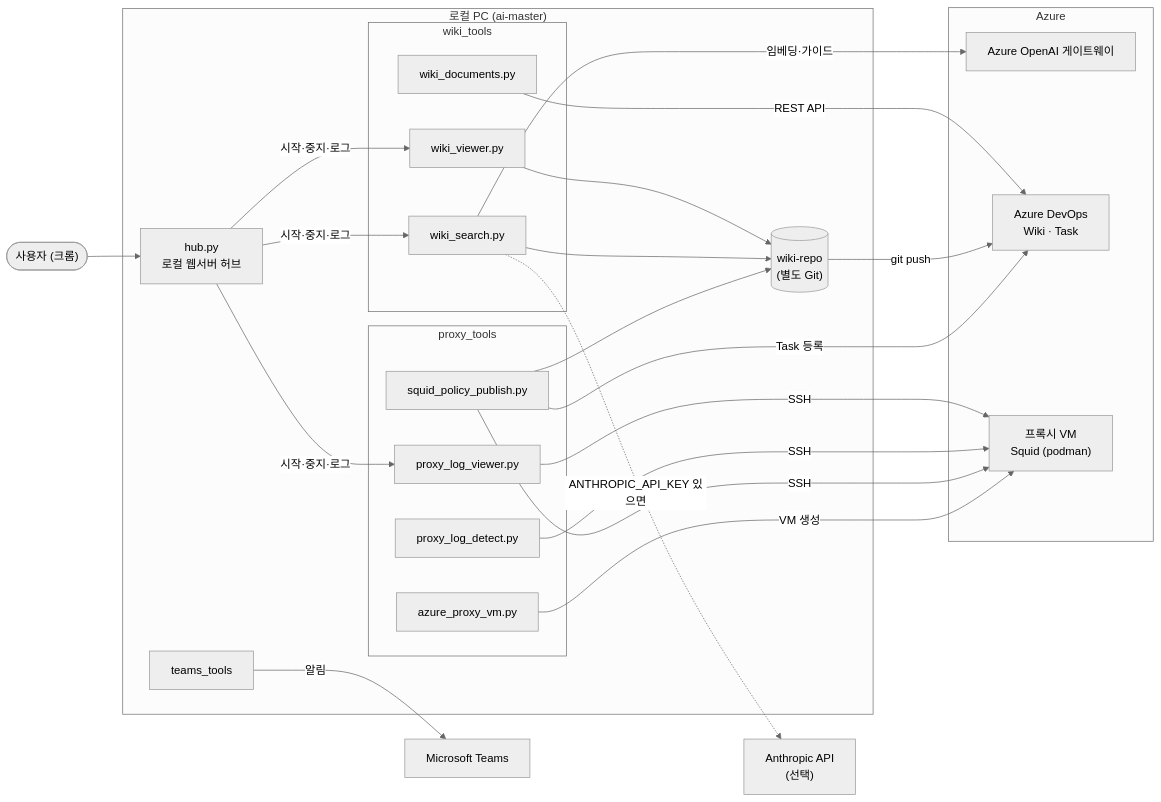
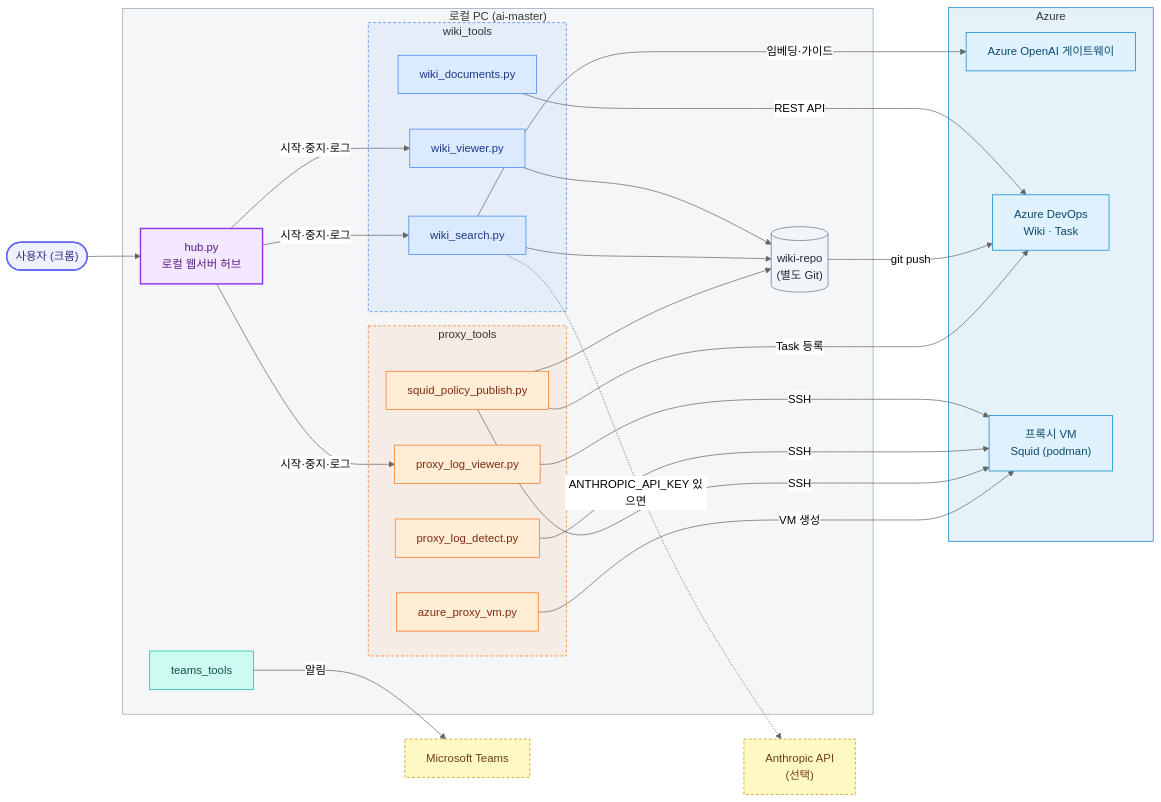
One commit to pcmola/ai-master changed the first of 6 diagrams in README.md. Above: the diagram before and after it, drawn with Mermaid (neutral theme). The commit also changed other lines of this file, not shown here.

````diff
--- a/README.md
+++ b/README.md
@@ -19,42 +19,63 @@
 ```mermaid
 flowchart LR
     user(["사용자 (크롬)"])
 
     subgraph local["로컬 PC (ai-master)"]
         hub["hub.py<br/>로컬 웹서버 허브"]
         subgraph wiki_tools
             viewer["wiki_viewer.py"]
             search["wiki_search.py"]
             docs["wiki_documents.py"]
         end
         subgraph proxy_tools
             logviewer["proxy_log_viewer.py"]
             detect["proxy_log_detect.py"]
             publish["squid_policy_publish.py"]
             vmtool["azure_proxy_vm.py"]
         end
         teams["teams_tools"]
         repo[("wiki-repo<br/>(별도 Git)")]
     end
 
     subgraph azure["Azure"]
         openai["Azure OpenAI 게이트웨이"]
         devops["Azure DevOps<br/>Wiki · Task"]
         vm["프록시 VM<br/>Squid (podman)"]
     end
     anthropic["Anthropic API<br/>(선택)"]
     msteams["Microsoft Teams"]
 
     user --> hub
     hub -- "시작·중지·로그" --> viewer & search & logviewer
     viewer & search --> repo
     search -- "임베딩·가이드" --> openai
     search -. "ANTHROPIC_API_KEY 있으면" .-> anthropic
     docs -- "REST API" --> devops
     repo -- "git push" --> devops
     logviewer & detect & publish -- "SSH" --> vm
     publish -- "Task 등록" --> devops
     publish --> repo
     vmtool -- "VM 생성" --> vm
     teams -- "알림" --> msteams
+
+    classDef user fill:#EEF2FF,stroke:#6366F1,stroke-width:2px,color:#312E81
+    classDef hub fill:#F3E8FF,stroke:#9333EA,stroke-width:2px,color:#581C87
+    classDef wiki fill:#DBEAFE,stroke:#3B82F6,color:#1E3A8A
+    classDef proxy fill:#FFEDD5,stroke:#F97316,color:#7C2D12
+    classDef teams fill:#CCFBF1,stroke:#14B8A6,color:#134E4A
+    classDef store fill:#F1F5F9,stroke:#64748B,color:#1E293B
+    classDef cloud fill:#E0F2FE,stroke:#0284C7,color:#0C4A6E
+    classDef ext fill:#FEF9C3,stroke:#CA8A04,stroke-dasharray:4 3,color:#713F12
+    class user user
+    class hub hub
+    class viewer,search,docs wiki
+    class logviewer,detect,publish,vmtool proxy
+    class teams teams
+    class repo store
+    class openai,devops,vm cloud
+    class anthropic,msteams ext
+    style local fill:#94A3B81A,stroke:#94A3B8
+    style wiki_tools fill:#3B82F614,stroke:#3B82F6,stroke-dasharray:4 3
+    style proxy_tools fill:#F9731614,stroke:#F97316,stroke-dasharray:4 3
+    style azure fill:#0284C71A,stroke:#0284C7
 ```
````
